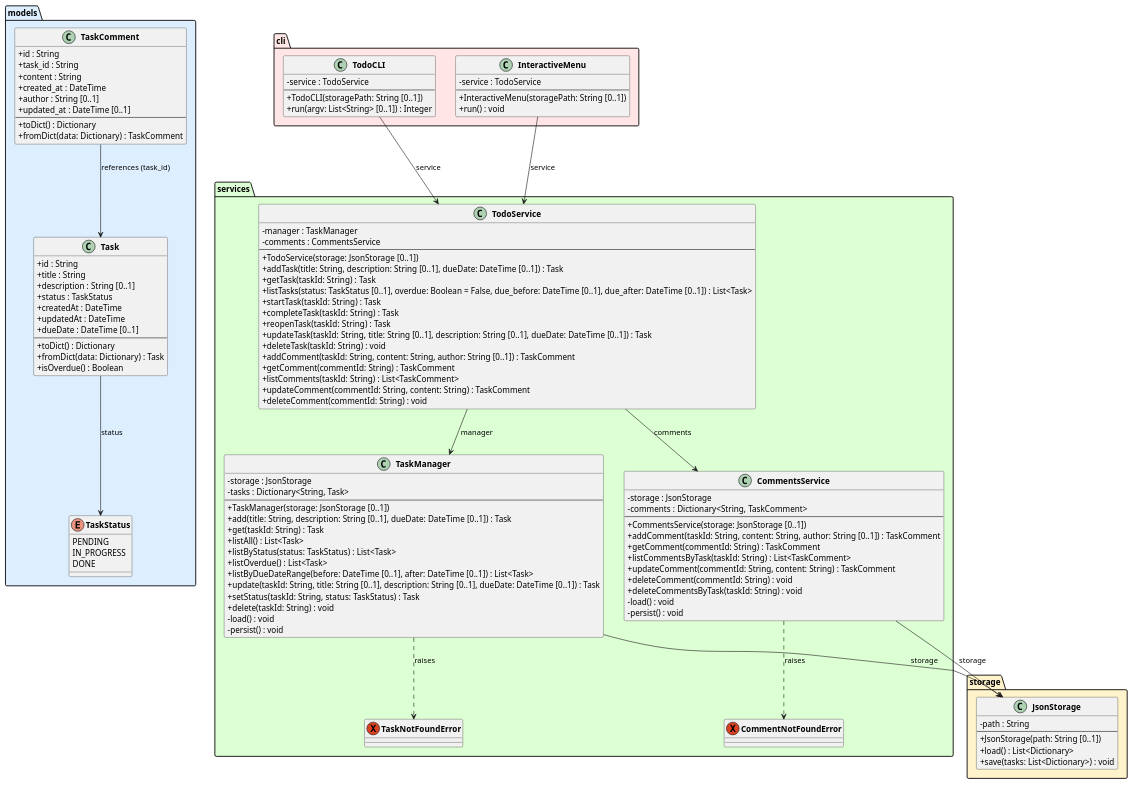
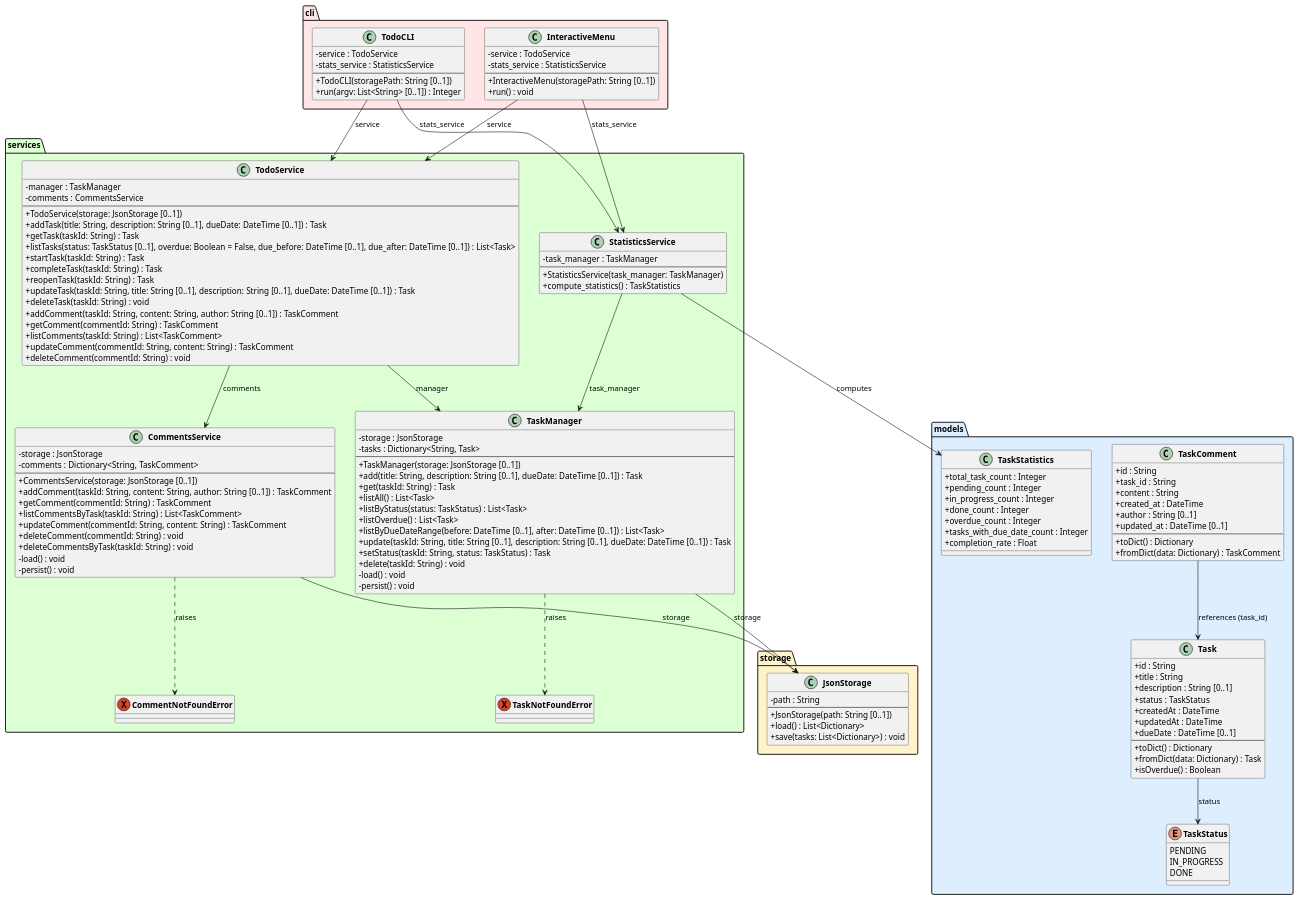
Before and after one commit to DanielRiha8906/Software_autoevolution_using_agents: the diagram in experiments/broadcast/structured_text/TODO/artifacts/class_diagram.puml, drawn with PlantUML. The commit also changed 7 other files, not shown here.

First line of the commit message:
task 06 | Add task statistics

```diff
--- a/experiments/broadcast/structured_text/TODO/artifacts/class_diagram.puml
+++ b/experiments/broadcast/structured_text/TODO/artifacts/class_diagram.puml
@@ -1,135 +1,158 @@
 @startuml class_diagram
 
 skinparam classAttributeIconSize 0
 skinparam classFontStyle bold
 
 package "models" #DDEEFF {
     enum TaskStatus {
         PENDING
         IN_PROGRESS
         DONE
     }
 
     class Task {
         +id : String
         +title : String
         +description : String [0..1]
         +status : TaskStatus
         +createdAt : DateTime
         +updatedAt : DateTime
         +dueDate : DateTime [0..1]
         --
         +toDict() : Dictionary
         +fromDict(data: Dictionary) : Task
         +isOverdue() : Boolean
     }
 
     class TaskComment {
         +id : String
         +task_id : String
         +content : String
         +created_at : DateTime
         +author : String [0..1]
         +updated_at : DateTime [0..1]
         --
         +toDict() : Dictionary
         +fromDict(data: Dictionary) : TaskComment
+    }
+
+    class TaskStatistics {
+        +total_task_count : Integer
+        +pending_count : Integer
+        +in_progress_count : Integer
+        +done_count : Integer
+        +overdue_count : Integer
+        +tasks_with_due_date_count : Integer
+        +completion_rate : Float
     }
 }
 
 package "storage" #FFF3CC {
     class JsonStorage {
         -path : String
         --
         +JsonStorage(path: String [0..1])
         +load() : List<Dictionary>
         +save(tasks: List<Dictionary>) : void
     }
 }
 
 package "services" #DDFFD4 {
     exception TaskNotFoundError
     exception CommentNotFoundError
 
     class TaskManager {
         -storage : JsonStorage
         -tasks : Dictionary<String, Task>
         --
         +TaskManager(storage: JsonStorage [0..1])
         +add(title: String, description: String [0..1], dueDate: DateTime [0..1]) : Task
         +get(taskId: String) : Task
         +listAll() : List<Task>
         +listByStatus(status: TaskStatus) : List<Task>
         +listOverdue() : List<Task>
         +listByDueDateRange(before: DateTime [0..1], after: DateTime [0..1]) : List<Task>
         +update(taskId: String, title: String [0..1], description: String [0..1], dueDate: DateTime [0..1]) : Task
         +setStatus(taskId: String, status: TaskStatus) : Task
         +delete(taskId: String) : void
         -load() : void
         -persist() : void
     }
 
     class CommentsService {
         -storage : JsonStorage
         -comments : Dictionary<String, TaskComment>
         --
         +CommentsService(storage: JsonStorage [0..1])
         +addComment(taskId: String, content: String, author: String [0..1]) : TaskComment
         +getComment(commentId: String) : TaskComment
         +listCommentsByTask(taskId: String) : List<TaskComment>
         +updateComment(commentId: String, content: String) : TaskComment
         +deleteComment(commentId: String) : void
         +deleteCommentsByTask(taskId: String) : void
         -load() : void
         -persist() : void
     }
 
     class TodoService {
         -manager : TaskManager
         -comments : CommentsService
         --
         +TodoService(storage: JsonStorage [0..1])
         +addTask(title: String, description: String [0..1], dueDate: DateTime [0..1]) : Task
         +getTask(taskId: String) : Task
         +listTasks(status: TaskStatus [0..1], overdue: Boolean = False, due_before: DateTime [0..1], due_after: DateTime [0..1]) : List<Task>
         +startTask(taskId: String) : Task
         +completeTask(taskId: String) : Task
         +reopenTask(taskId: String) : Task
         +updateTask(taskId: String, title: String [0..1], description: String [0..1], dueDate: DateTime [0..1]) : Task
         +deleteTask(taskId: String) : void
         +addComment(taskId: String, content: String, author: String [0..1]) : TaskComment
         +getComment(commentId: String) : TaskComment
         +listComments(taskId: String) : List<TaskComment>
         +updateComment(commentId: String, content: String) : TaskComment
         +deleteComment(commentId: String) : void
     }
+
+    class StatisticsService {
+        -task_manager : TaskManager
+        --
+        +StatisticsService(task_manager: TaskManager)
+        +compute_statistics() : TaskStatistics
+    }
 }
 
 package "cli" #FFE5E5 {
     class TodoCLI {
         -service : TodoService
+        -stats_service : StatisticsService
         --
         +TodoCLI(storagePath: String [0..1])
         +run(argv: List<String> [0..1]) : Integer
     }
 
     class InteractiveMenu {
         -service : TodoService
+        -stats_service : StatisticsService
         --
         +InteractiveMenu(storagePath: String [0..1])
         +run() : void
     }
 }
 
 Task --> TaskStatus : status
 TaskComment --> Task : references (task_id)
 TaskManager --> JsonStorage : storage
 TaskManager ..> TaskNotFoundError : raises
 CommentsService --> JsonStorage : storage
 CommentsService ..> CommentNotFoundError : raises
 TodoService --> TaskManager : manager
 TodoService --> CommentsService : comments
+StatisticsService --> TaskManager : task_manager
+StatisticsService --> TaskStatistics : computes
 TodoCLI --> TodoService : service
+TodoCLI --> StatisticsService : stats_service
 InteractiveMenu --> TodoService : service
+InteractiveMenu --> StatisticsService : stats_service
 
 @enduml
```
